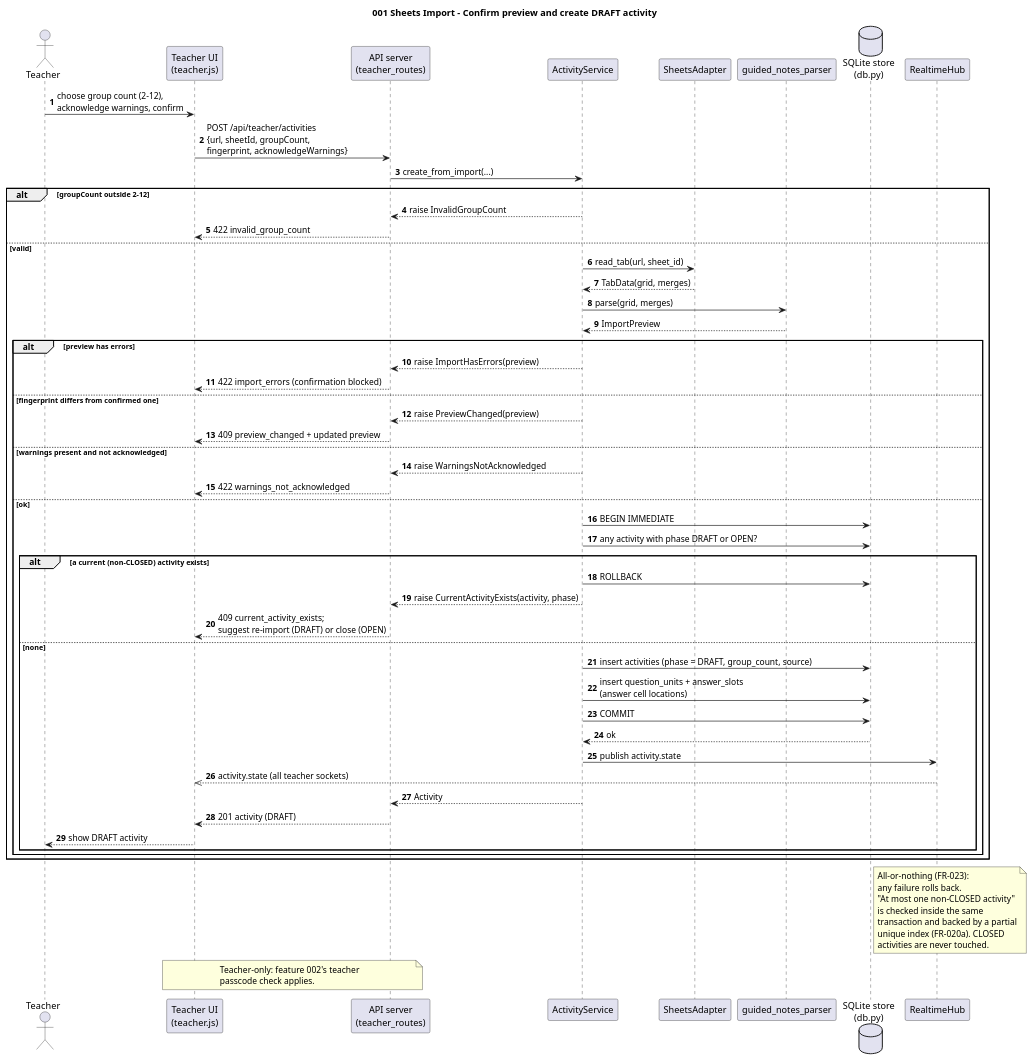
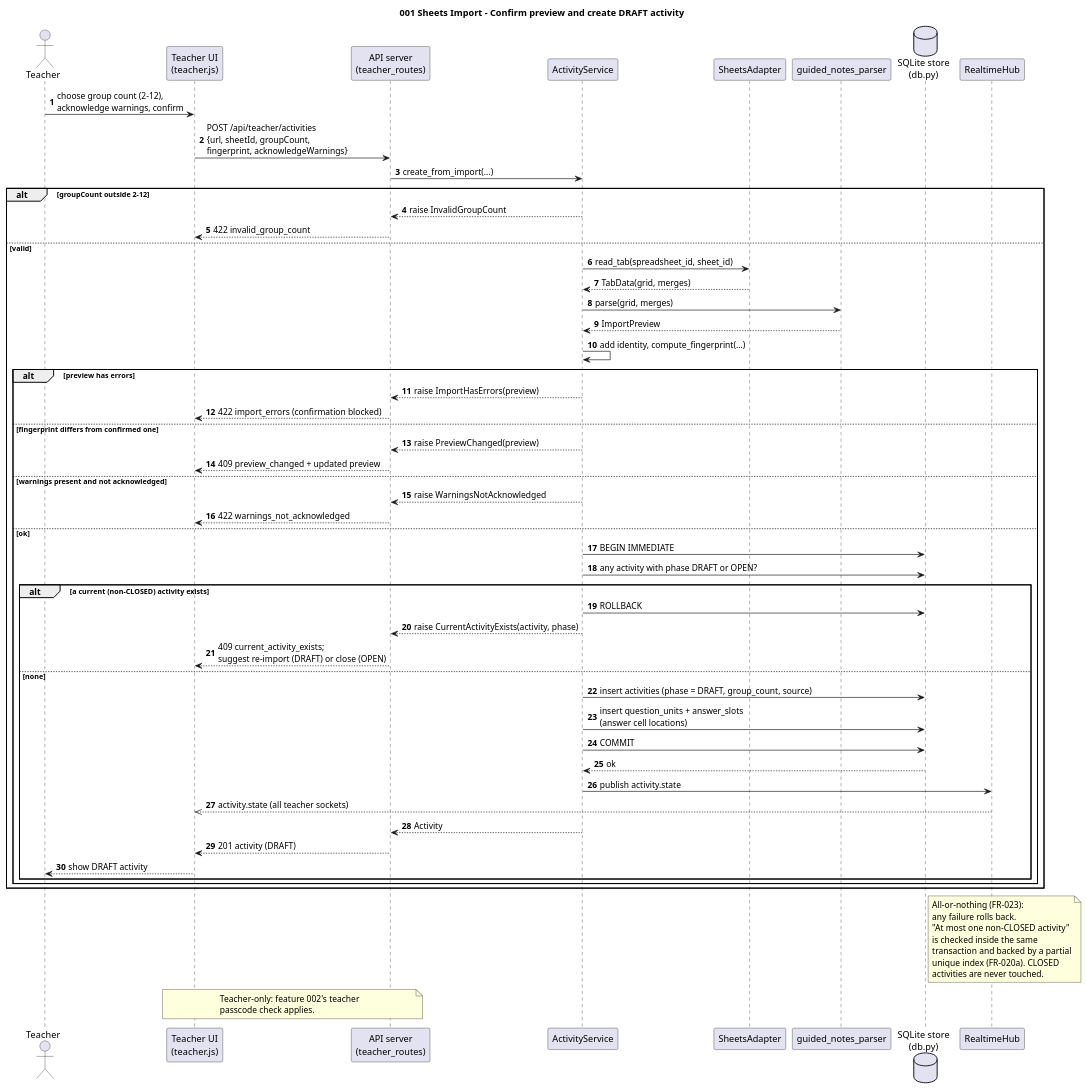
The diagram in diagrams/001-seq-confirm-create.puml (WasabiSaikou/quiz-buzzer), drawn with PlantUML before and after one commit. The commit also changed 16 other files, not shown here.

```diff
--- a/diagrams/001-seq-confirm-create.puml
+++ b/diagrams/001-seq-confirm-create.puml
@@ -1,72 +1,73 @@
 @startuml 001-seq-confirm-create
 title 001 Sheets Import - Confirm preview and create DRAFT activity
 
 skinparam shadowing false
 skinparam defaultFontName "Microsoft JhengHei"
 autonumber
 
 actor Teacher
 participant "Teacher UI\n(teacher.js)" as TUI
 participant "API server\n(teacher_routes)" as API
 participant "ActivityService" as ACT
 participant "SheetsAdapter" as SA
 participant "guided_notes_parser" as PARSER
 database "SQLite store\n(db.py)" as DB
 participant "RealtimeHub" as RT
 
 Teacher -> TUI : choose group count (2-12),\nacknowledge warnings, confirm
 TUI -> API : POST /api/teacher/activities\n{url, sheetId, groupCount,\nfingerprint, acknowledgeWarnings}
 API -> ACT : create_from_import(...)
 alt groupCount outside 2-12
   ACT --> API : raise InvalidGroupCount
   API --> TUI : 422 invalid_group_count
 else valid
-  ACT -> SA : read_tab(url, sheet_id)
+  ACT -> SA : read_tab(spreadsheet_id, sheet_id)
   SA --> ACT : TabData(grid, merges)
   ACT -> PARSER : parse(grid, merges)
   PARSER --> ACT : ImportPreview
+  ACT -> ACT : add identity, compute_fingerprint(...)
   alt preview has errors
     ACT --> API : raise ImportHasErrors(preview)
     API --> TUI : 422 import_errors (confirmation blocked)
   else fingerprint differs from confirmed one
     ACT --> API : raise PreviewChanged(preview)
     API --> TUI : 409 preview_changed + updated preview
   else warnings present and not acknowledged
     ACT --> API : raise WarningsNotAcknowledged
     API --> TUI : 422 warnings_not_acknowledged
   else ok
     ACT -> DB : BEGIN IMMEDIATE
     ACT -> DB : any activity with phase DRAFT or OPEN?
     alt a current (non-CLOSED) activity exists
       ACT -> DB : ROLLBACK
       ACT --> API : raise CurrentActivityExists(activity, phase)
       API --> TUI : 409 current_activity_exists;\nsuggest re-import (DRAFT) or close (OPEN)
     else none
       ACT -> DB : insert activities (phase = DRAFT, group_count, source)
       ACT -> DB : insert question_units + answer_slots\n(answer cell locations)
       ACT -> DB : COMMIT
       DB --> ACT : ok
       ACT -> RT : publish activity.state
       RT -->> TUI : activity.state (all teacher sockets)
       ACT --> API : Activity
       API --> TUI : 201 activity (DRAFT)
       TUI --> Teacher : show DRAFT activity
     end
   end
 end
 
 note right of DB
   All-or-nothing (FR-023):
   any failure rolls back.
   "At most one non-CLOSED activity"
   is checked inside the same
   transaction and backed by a partial
   unique index (FR-020a). CLOSED
   activities are never touched.
 end note
 
 note over TUI, API
   Teacher-only: feature 002's teacher
   passcode check applies.
 end note
 @enduml
```
